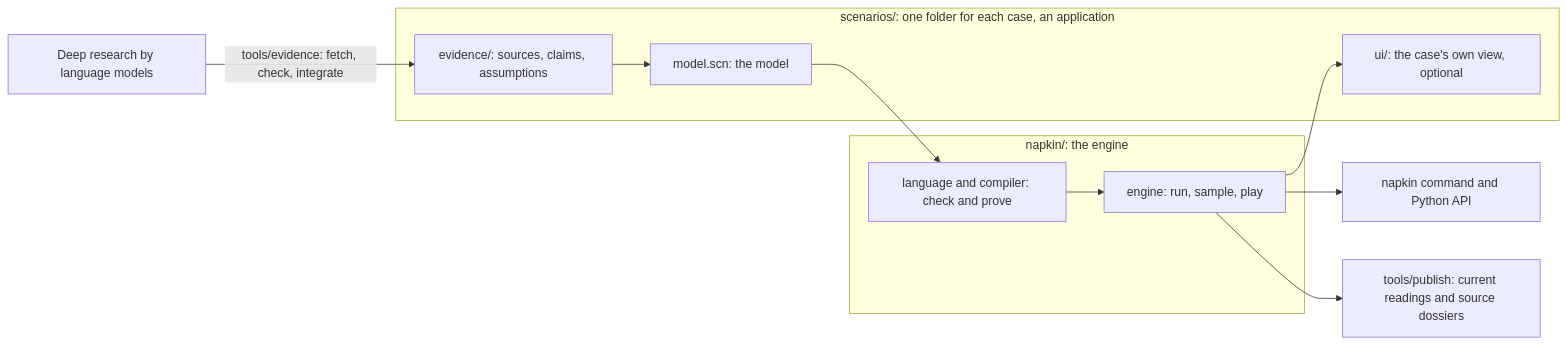
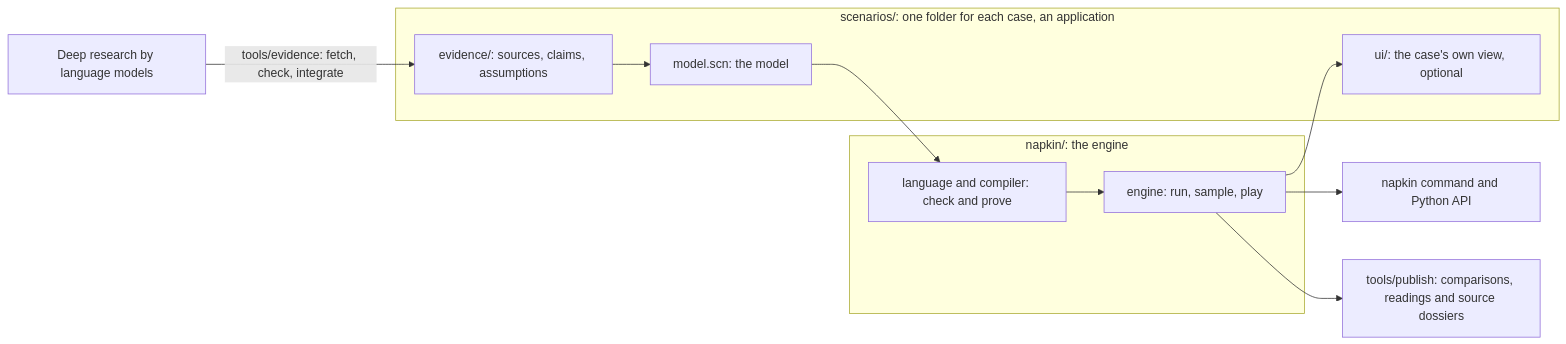
Before and after one commit to jfeiglin/napkin: the diagram in README.md, drawn with Mermaid. The commit also changed other lines of this file and 10 other files, not shown here.

````diff
--- a/README.md
+++ b/README.md
@@ -11,20 +11,20 @@
 ```mermaid
 flowchart LR
     research["Deep research by language models"]
     subgraph case["scenarios/: one folder for each case, an application"]
         evidence["evidence/: sources, claims, assumptions"]
         model["model.scn: the model"]
         view["ui/: the case's own view, optional"]
     end
     subgraph napkin["napkin/: the engine"]
         compiler["language and compiler: check and prove"]
         engine["engine: run, sample, play"]
     end
     command["napkin command and Python API"]
-    briefs["tools/publish: current readings and source dossiers"]
+    briefs["tools/publish: comparisons, readings and source dossiers"]
     research -->|"tools/evidence: fetch, check, integrate"| evidence
     evidence --> model --> compiler --> engine
     engine --> command
     engine --> briefs
     engine --> view
 ```
````
